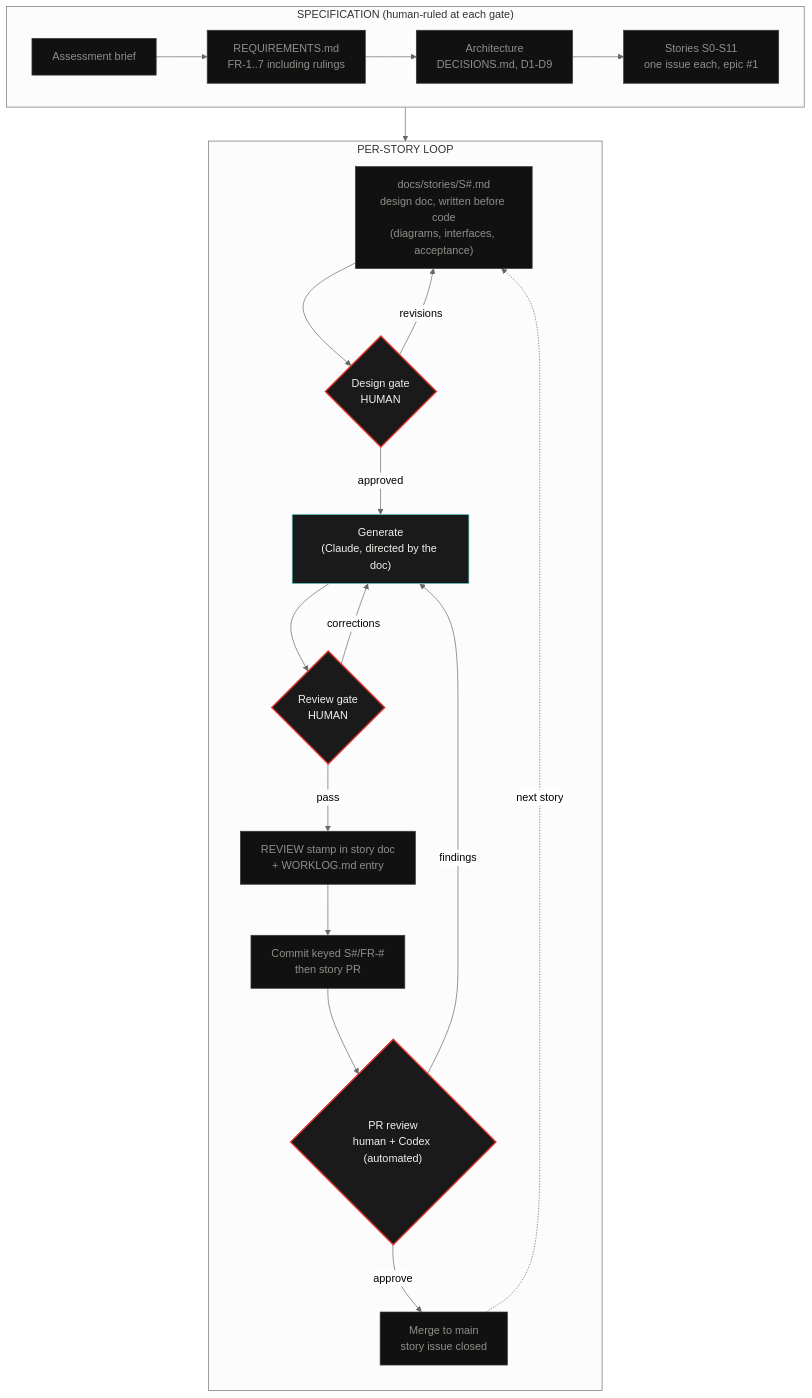
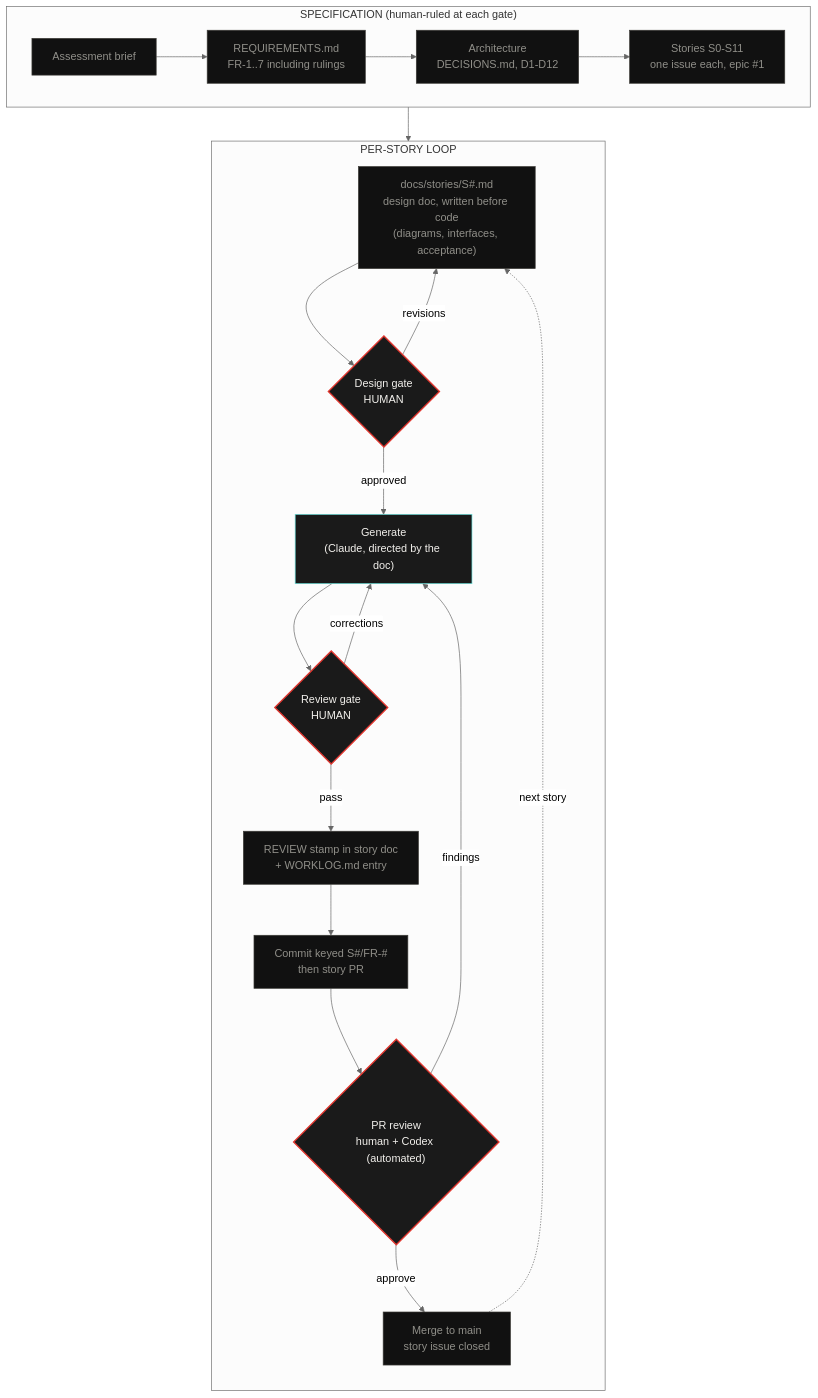
The first of 2 diagrams in README.md (ayfor/sentinel), drawn with Mermaid (neutral theme) before and after one commit. The commit also changed other lines of this file and 2 other files, not shown here.

````diff
--- a/README.md
+++ b/README.md
@@ -27,34 +33,34 @@
 ```mermaid
 flowchart TB
     subgraph SPEC["SPECIFICATION (human-ruled at each gate)"]
         direction LR
         A["Assessment brief"] --> B["REQUIREMENTS.md<br/>FR-1..7 including rulings"]
-        B --> C["Architecture<br/>DECISIONS.md, D1-D9"]
+        B --> C["Architecture<br/>DECISIONS.md, D1-D12"]
         C --> D["Stories S0-S11<br/>one issue each, epic #1"]
     end
 
     subgraph LOOP["PER-STORY LOOP"]
         direction TB
         E["docs/stories/S#.md<br/>design doc, written before code<br/>(diagrams, interfaces, acceptance)"]
         E --> G0{"Design gate<br/>HUMAN"}
         G0 -->|"revisions"| E
         G0 -->|"approved"| F["Generate<br/>(Claude, directed by the doc)"]
         F --> G{"Review gate<br/>HUMAN"}
         G -->|"corrections"| F
         G -->|"pass"| H["REVIEW stamp in story doc<br/>+ WORKLOG.md entry"]
         H --> I["Commit keyed S#/FR-#<br/>then story PR"]
         I --> J{"PR review<br/>human + Codex (automated)"}
         J -->|"findings"| F
         J -->|"approve"| K["Merge to main<br/>story issue closed"]
     end
 
     D --> E
     K -.->|"next story"| E
 
     classDef human fill:#1a1a1a,stroke:#e0362f,stroke-width:2px,color:#f2f0ec
     classDef ai fill:#1a1a1a,stroke:#69e0db,stroke-width:1px,color:#f2f0ec
     classDef artifact fill:#111,stroke:#3b3a36,stroke-width:1px,color:#908f89
     class G0,G,J human
     class F ai
     class A,B,C,D,E,H,I,K artifact
 ```
````
